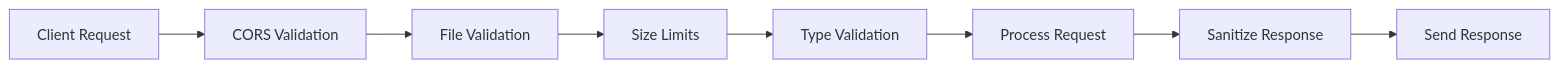
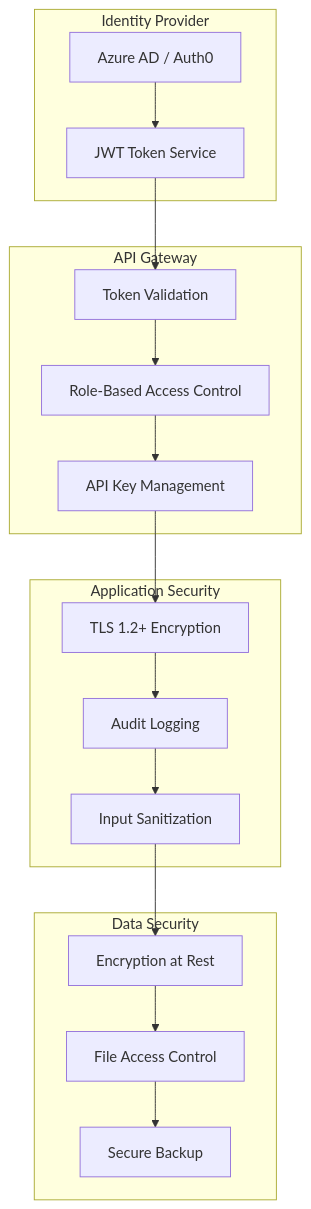
The ninth of 11 diagrams in ARCHITECTURE_DIAGRAMS.md (ahemavathy/Powerpoint), drawn with Mermaid before and after one commit. The commit also changed other lines of this file and 8 other files, not shown here.

````diff
--- a/ARCHITECTURE_DIAGRAMS.md
+++ b/ARCHITECTURE_DIAGRAMS.md
@@ -245,10 +378,36 @@
 ```mermaid
-graph LR
-    REQUEST[Client Request] --> CORS_CHECK[CORS Validation]
-    CORS_CHECK --> FILE_VAL[File Validation]
-    FILE_VAL --> SIZE_CHECK[Size Limits]
-    SIZE_CHECK --> TYPE_CHECK[Type Validation]
-    TYPE_CHECK --> PROCESS[Process Request]
-    PROCESS --> SANITIZE[Sanitize Response]
-    SANITIZE --> RESPONSE[Send Response]
+graph TB
+    subgraph "Identity Provider"
+        IDP[Azure AD / Auth0]
+        JWT[JWT Token Service]
+    end
+    
+    subgraph "API Gateway"
+        TOKEN_VAL[Token Validation]
+        RBAC[Role-Based Access Control]
+        API_KEY[API Key Management]
+    end
+    
+    subgraph "Application Security"
+        ENCRYPT[TLS 1.2+ Encryption]
+        AUDIT[Audit Logging]
+        SANITIZE[Input Sanitization]
+    end
+    
+    subgraph "Data Security"
+        ENCRYPT_REST[Encryption at Rest]
+        ACCESS_CTRL[File Access Control]
+        BACKUP[Secure Backup]
+    end
+    
+    IDP --> JWT
+    JWT --> TOKEN_VAL
+    TOKEN_VAL --> RBAC
+    RBAC --> API_KEY
+    API_KEY --> ENCRYPT
+    ENCRYPT --> AUDIT
+    AUDIT --> SANITIZE
+    SANITIZE --> ENCRYPT_REST
+    ENCRYPT_REST --> ACCESS_CTRL
+    ACCESS_CTRL --> BACKUP
 ```
````
